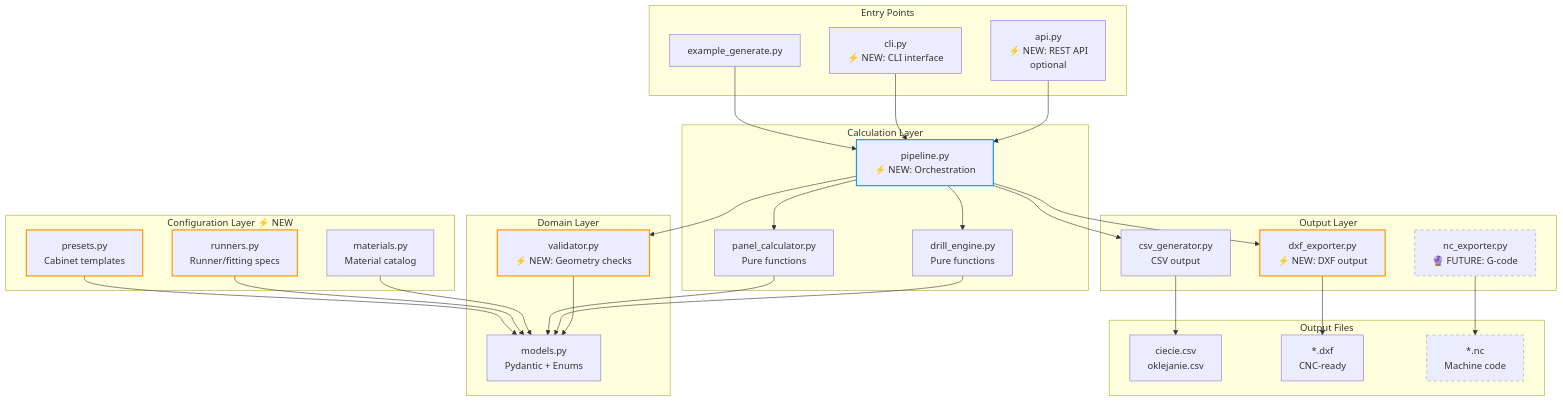
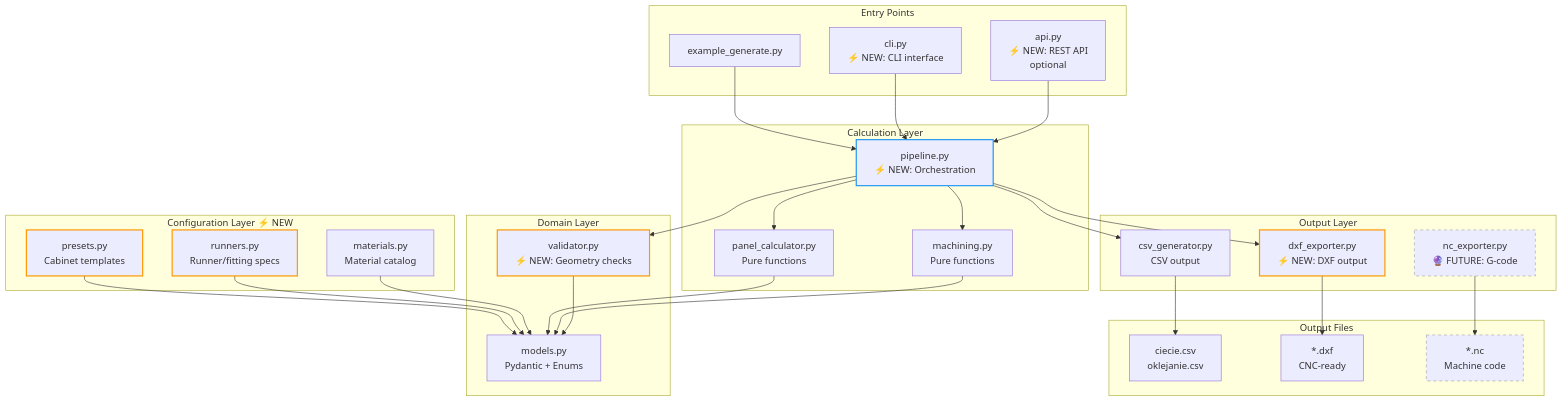
The third of 13 diagrams in kitchen-cam/docs/architecture.md (m1981/kuchnie), drawn with Mermaid before and after one commit. The commit also changed other lines of this file and 5 other files, not shown here.

````diff
--- a/kitchen-cam/docs/architecture.md
+++ b/kitchen-cam/docs/architecture.md
@@ -80,74 +80,74 @@
 ```mermaid
 graph TB
     subgraph "Entry Points"
         EX[example_generate.py]
         CLI[cli.py<br/>⚡ NEW: CLI interface]
         API[api.py<br/>⚡ NEW: REST API<br/>optional]
     end
 
     subgraph "Configuration Layer ⚡ NEW"
         PRESETS[presets.py<br/>Cabinet templates]
         RUNNERS[runners.py<br/>Runner/fitting specs]
         MATS[materials.py<br/>Material catalog]
     end
 
     subgraph "Domain Layer"
         M[models.py<br/>Pydantic + Enums]
         VAL[validator.py<br/>⚡ NEW: Geometry checks]
     end
 
     subgraph "Calculation Layer"
         PC[panel_calculator.py<br/>Pure functions]
-        DE[drill_engine.py<br/>Pure functions]
+        DE[machining.py<br/>Pure functions]
         PIPE[pipeline.py<br/>⚡ NEW: Orchestration]
     end
 
     subgraph "Output Layer"
         CSV[csv_generator.py<br/>CSV output]
         DXF[dxf_exporter.py<br/>⚡ NEW: DXF output]
         NCF[nc_exporter.py<br/>🔮 FUTURE: G-code]
     end
 
     subgraph "Output Files"
         CSVF[ciecie.csv<br/>oklejanie.csv]
         DXFF[*.dxf<br/>CNC-ready]
         NCF2[*.nc<br/>Machine code]
     end
 
     %% Entry points → Pipeline
     EX --> PIPE
     CLI --> PIPE
     API --> PIPE
 
     %% Configuration → Domain
     PRESETS --> M
     RUNNERS --> M
     MATS --> M
 
     %% Pipeline orchestration
     PIPE --> PC
     PIPE --> DE
     PIPE --> VAL
 
     %% Calculation → Domain
     PC --> M
     DE --> M
     VAL --> M
 
     %% Pipeline → Output
     PIPE --> CSV
     PIPE --> DXF
 
     %% Output → Files
     CSV --> CSVF
     DXF --> DXFF
     NCF --> NCF2
 
     style VAL stroke:#FF9800,stroke-width:2px
     style PIPE stroke:#2196F3,stroke-width:2px
     style DXF stroke:#FF9800,stroke-width:2px
     style PRESETS stroke:#FF9800,stroke-width:2px
     style RUNNERS stroke:#FF9800,stroke-width:2px
     style NCF stroke:#9E9E9E,stroke-width:1px,stroke-dasharray: 5 5
     style NCF2 stroke:#9E9E9E,stroke-width:1px,stroke-dasharray: 5 5
 ```
````
